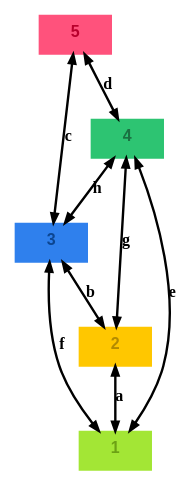
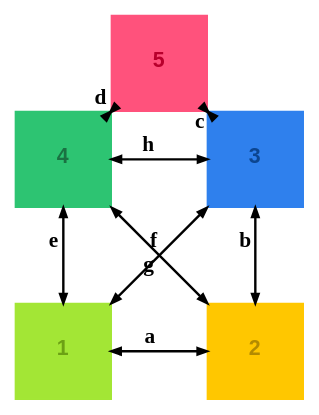
The diagram in renders/house-santa-claus_graph-light.dot (m-bock/purescript-transit), drawn with Graphviz before and after one commit. The commit also changed 7 other files, not shown here.

Commit message:
Update House of Santa Claus example; modify SVG layout positions for improved rendering, enhance Graphviz integration with updated node positioning, and add new tutorial documentation for state machine and transit approach.

```diff
--- a/renders/house-santa-claus_graph-light.dot
+++ b/renders/house-santa-claus_graph-light.dot
@@ -1,17 +1,17 @@
 digraph 
 {
-rankdir = "TD";fontname = "Arial";labelloc = "t";fontsize = 12.0;bgcolor = "#ffffff";color = "#000000";fontcolor = "#000000";layout = "dot";rankdir = "TD"
-1 [shape = "box", label = <<b>1</b>>, fontsize = 12.0, style = "filled", fillcolor = "#a3e635", fontcolor = "#6ca114", color = "#a3e635", fontname = "Arial", labelloc = "c", penwidth = 1.0, height = 0.4]
-2 [shape = "box", label = <<b>2</b>>, fontsize = 12.0, style = "filled", fillcolor = "#ffc700", fontcolor = "#b38b00", color = "#ffc700", fontname = "Arial", labelloc = "c", penwidth = 1.0, height = 0.4]
-2 -> 1 [color = "#000000", fontcolor = "#000000", fontsize = 12.0, label = <<b>a</b>>, arrowsize = "0.7", penwidth = 1.8, dir = "both"]
-3 [shape = "box", label = <<b>3</b>>, fontsize = 12.0, style = "filled", fillcolor = "#2f80ed", fontcolor = "#0c4590", color = "#2f80ed", fontname = "Arial", labelloc = "c", penwidth = 1.0, height = 0.4]
-3 -> 2 [color = "#000000", fontcolor = "#000000", fontsize = 12.0, label = <<b>b</b>>, arrowsize = "0.7", penwidth = 1.8, dir = "both"]
-3 -> 1 [color = "#000000", fontcolor = "#000000", fontsize = 12.0, label = <<b>f</b>>, arrowsize = "0.7", penwidth = 1.8, dir = "both"]
-5 [shape = "box", label = <<b>5</b>>, fontsize = 12.0, style = "filled", fillcolor = "#ff527c", fontcolor = "#b8002c", color = "#ff527c", fontname = "Arial", labelloc = "c", penwidth = 1.0, height = 0.4]
-5 -> 3 [color = "#000000", fontcolor = "#000000", fontsize = 12.0, label = <<b>c</b>>, arrowsize = "0.7", penwidth = 1.8, dir = "both"]
-5 -> 4 [color = "#000000", fontcolor = "#000000", fontsize = 12.0, label = <<b>d</b>>, arrowsize = "0.7", penwidth = 1.8, dir = "both"]
-4 [shape = "box", label = <<b>4</b>>, fontsize = 12.0, style = "filled", fillcolor = "#2dc472", fontcolor = "#1a7142", color = "#2dc472", fontname = "Arial", labelloc = "c", penwidth = 1.0, height = 0.4]
-4 -> 1 [color = "#000000", fontcolor = "#000000", fontsize = 12.0, label = <<b>e</b>>, arrowsize = "0.7", penwidth = 1.8, dir = "both"]
-4 -> 2 [color = "#000000", fontcolor = "#000000", fontsize = 12.0, label = <<b>g</b>>, arrowsize = "0.7", penwidth = 1.8, dir = "both"]
-4 -> 3 [color = "#000000", fontcolor = "#000000", fontsize = 12.0, label = <<b>h</b>>, arrowsize = "0.7", penwidth = 1.8, dir = "both"]
+rankdir = "TD";fontname = "Arial";labelloc = "t";fontsize = 16.0;bgcolor = "#ffffff";color = "#000000";fontcolor = "#000000";layout = "neato"
+1 [shape = "box", label = <<b>1</b>>, fontsize = 16.0, style = "filled", fillcolor = "#a3e635", fontcolor = "#6ca114", color = "#a3e635", fontname = "Arial", labelloc = "c", penwidth = 1.0, height = 0.4, pos = "0.0,0.0!", width = 1.0, height = 1.0, fixedsize = true]
+2 [shape = "box", label = <<b>2</b>>, fontsize = 16.0, style = "filled", fillcolor = "#ffc700", fontcolor = "#b38b00", color = "#ffc700", fontname = "Arial", labelloc = "c", penwidth = 1.0, height = 0.4, pos = "2.0,0.0!", width = 1.0, height = 1.0, fixedsize = true]
+2 -> 1 [color = "#000000", fontcolor = "#000000", fontsize = 16.0, label = <<b>a</b>>, arrowsize = "0.7", penwidth = 1.8, dir = "both"]
+3 [shape = "box", label = <<b>3</b>>, fontsize = 16.0, style = "filled", fillcolor = "#2f80ed", fontcolor = "#0c4590", color = "#2f80ed", fontname = "Arial", labelloc = "c", penwidth = 1.0, height = 0.4, pos = "2.0,2.0!", width = 1.0, height = 1.0, fixedsize = true]
+3 -> 2 [color = "#000000", fontcolor = "#000000", fontsize = 16.0, label = <<b>b</b>>, arrowsize = "0.7", penwidth = 1.8, dir = "both"]
+3 -> 1 [color = "#000000", fontcolor = "#000000", fontsize = 16.0, label = <<b>f</b>>, arrowsize = "0.7", penwidth = 1.8, dir = "both"]
+5 [shape = "box", label = <<b>5</b>>, fontsize = 16.0, style = "filled", fillcolor = "#ff527c", fontcolor = "#b8002c", color = "#ff527c", fontname = "Arial", labelloc = "c", penwidth = 1.0, height = 0.4, pos = "1.0,3.0!", width = 1.0, height = 1.0, fixedsize = true]
+5 -> 3 [color = "#000000", fontcolor = "#000000", fontsize = 16.0, label = <<b>c</b>>, arrowsize = "0.7", penwidth = 1.8, dir = "both"]
+5 -> 4 [color = "#000000", fontcolor = "#000000", fontsize = 16.0, label = <<b>d</b>>, arrowsize = "0.7", penwidth = 1.8, dir = "both"]
+4 [shape = "box", label = <<b>4</b>>, fontsize = 16.0, style = "filled", fillcolor = "#2dc472", fontcolor = "#1a7142", color = "#2dc472", fontname = "Arial", labelloc = "c", penwidth = 1.0, height = 0.4, pos = "0.0,2.0!", width = 1.0, height = 1.0, fixedsize = true]
+4 -> 1 [color = "#000000", fontcolor = "#000000", fontsize = 16.0, label = <<b>e</b>>, arrowsize = "0.7", penwidth = 1.8, dir = "both"]
+4 -> 2 [color = "#000000", fontcolor = "#000000", fontsize = 16.0, label = <<b>g</b>>, arrowsize = "0.7", penwidth = 1.8, dir = "both"]
+4 -> 3 [color = "#000000", fontcolor = "#000000", fontsize = 16.0, label = <<b>h</b>>, arrowsize = "0.7", penwidth = 1.8, dir = "both"]
 }
```
